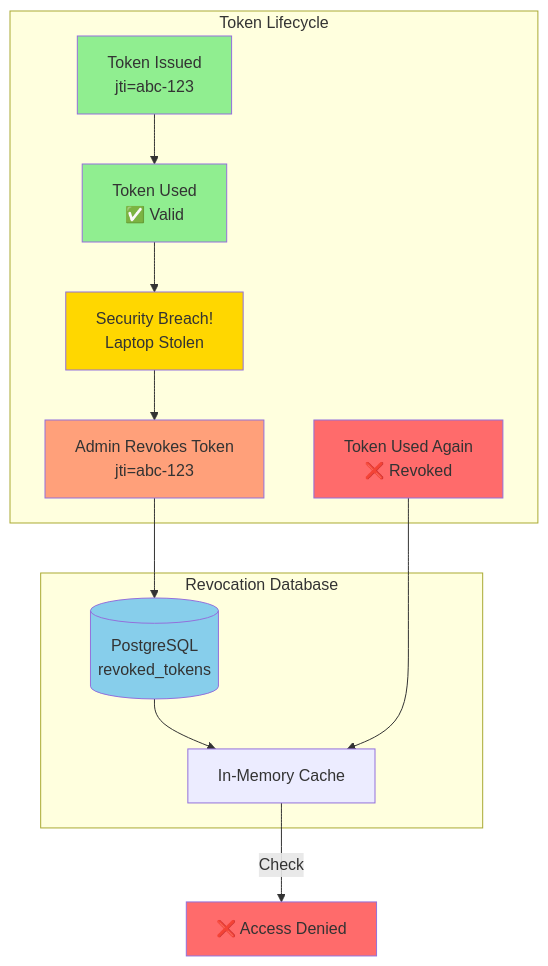
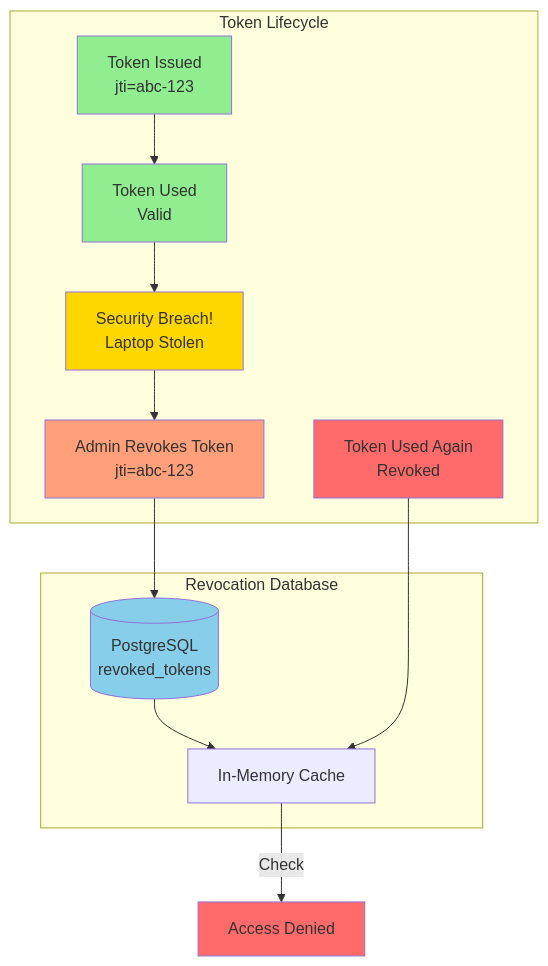
Before and after one commit to jaafar-benabderrazak/ca_a2a: diagram 12 of 13 in A2A_PROTOCOL_SECURITY_TECHNICAL.md, drawn with Mermaid. The commit also changed other lines of this file and 19 other files, not shown here.

````diff
--- a/A2A_PROTOCOL_SECURITY_TECHNICAL.md
+++ b/A2A_PROTOCOL_SECURITY_TECHNICAL.md
@@ -1232,31 +1232,31 @@
 ```mermaid
 graph TB
-    subgraph "Token Lifecycle"
-        Issue[Token Issued<br/>jti=abc-123]
-        Use1[Token Used<br/>✅ Valid]
-        Breach[Security Breach!<br/>Laptop Stolen]
-        Revoke[Admin Revokes Token<br/>jti=abc-123]
-        Use2[Token Used Again<br/>❌ Revoked]
-    end
-    
-    subgraph "Revocation Database"
-        DB[(PostgreSQL<br/>revoked_tokens)]
-        Cache[In-Memory Cache]
-    end
-    
-    Issue --> Use1
-    Use1 --> Breach
-    Breach --> Revoke
-    Revoke --> DB
-    DB --> Cache
-    Use2 --> Cache
-    Cache -->|Check| Blocked[❌ Access Denied]
-    
-    style Issue fill:#90EE90
-    style Use1 fill:#90EE90
-    style Breach fill:#FFD700
-    style Revoke fill:#FFA07A
-    style Use2 fill:#FF6B6B
-    style Blocked fill:#FF6B6B
-    style DB fill:#87CEEB
+ subgraph "Token Lifecycle"
+ Issue[Token Issued<br/>jti=abc-123]
+ Use1[Token Used<br/> Valid]
+ Breach[Security Breach!<br/>Laptop Stolen]
+ Revoke[Admin Revokes Token<br/>jti=abc-123]
+ Use2[Token Used Again<br/> Revoked]
+ end
+ 
+ subgraph "Revocation Database"
+ DB[(PostgreSQL<br/>revoked_tokens)]
+ Cache[In-Memory Cache]
+ end
+ 
+ Issue --> Use1
+ Use1 --> Breach
+ Breach --> Revoke
+ Revoke --> DB
+ DB --> Cache
+ Use2 --> Cache
+ Cache -->|Check| Blocked[ Access Denied]
+ 
+ style Issue fill:#90EE90
+ style Use1 fill:#90EE90
+ style Breach fill:#FFD700
+ style Revoke fill:#FFA07A
+ style Use2 fill:#FF6B6B
+ style Blocked fill:#FF6B6B
+ style DB fill:#87CEEB
 ```
````
